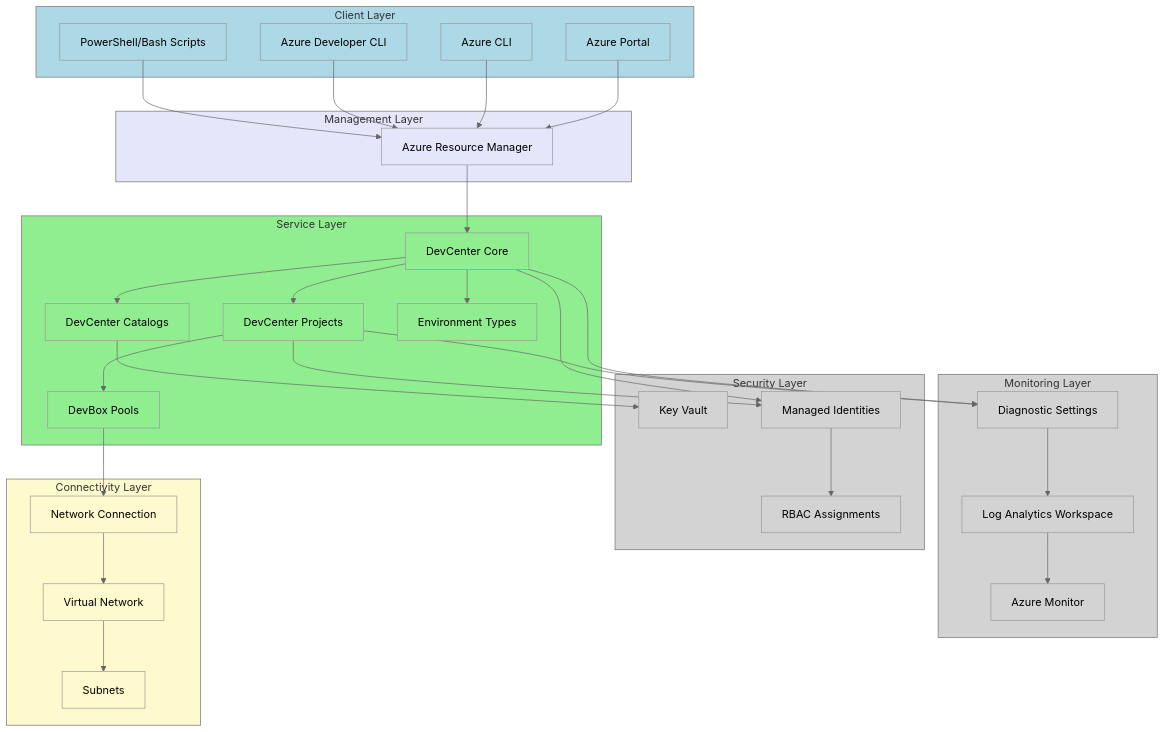
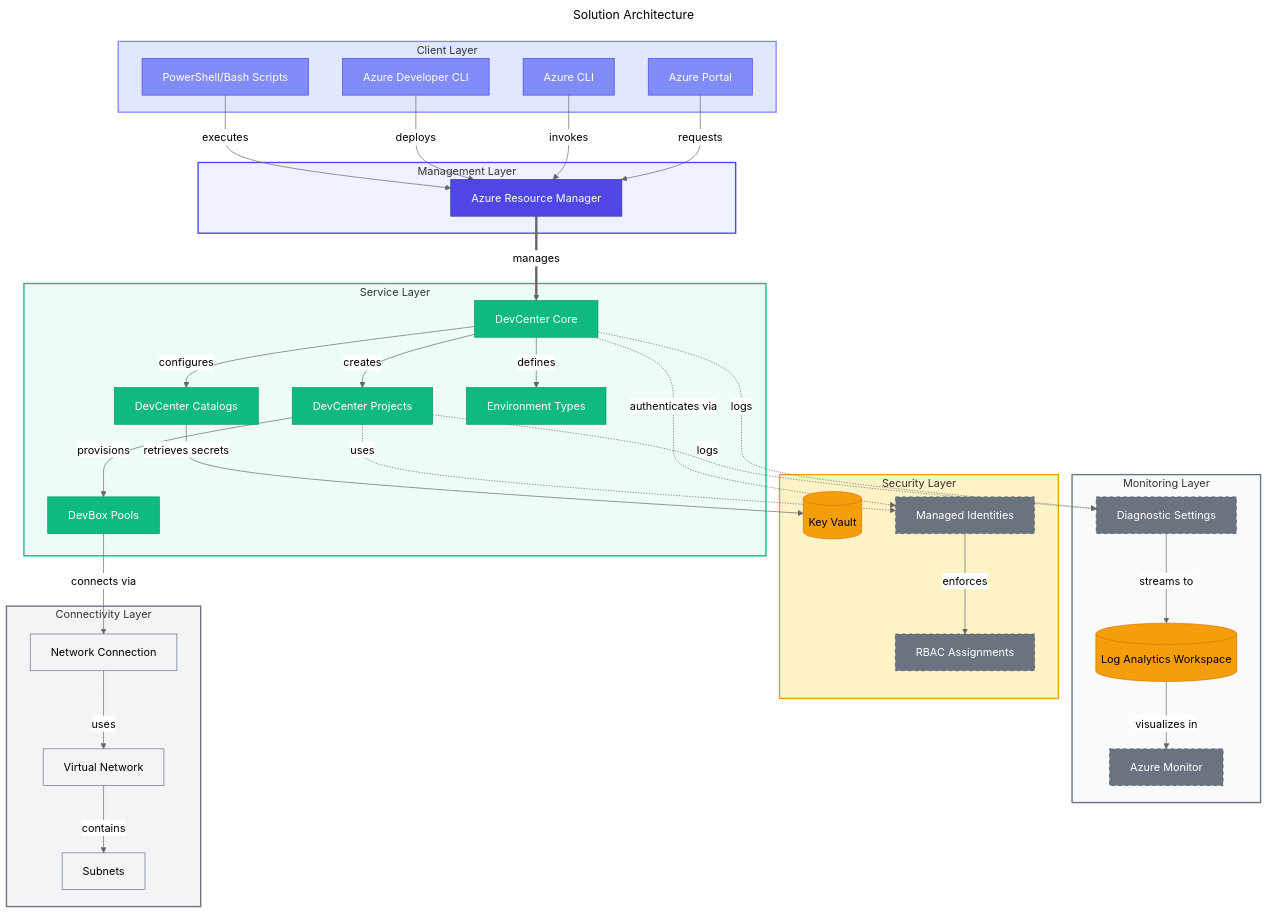
One commit to Evilazaro/DevExp-DevBox changed the fourth of 6 diagrams in README.md. Above: the diagram before and after it, drawn with Mermaid (neutral theme). The commit also changed other lines of this file, not shown here.

Commit message:
Enhance README.md with detailed architecture diagrams for improved clarity and understanding

````diff
--- a/README.md
+++ b/README.md
@@ -375,91 +404,104 @@
 ```mermaid
+---
+title: Solution Architecture
+---
 flowchart TB
-    subgraph Clients[Client Layer]
-        C1[Azure Portal]
-        C2[Azure CLI]
-        C3[Azure Developer CLI]
-        C4[PowerShell/Bash Scripts]
+    %% ===== CLIENT LAYER =====
+    subgraph Clients["Client Layer"]
+        C1["Azure Portal"]
+        C2["Azure CLI"]
+        C3["Azure Developer CLI"]
+        C4["PowerShell/Bash Scripts"]
     end
 
-    subgraph Gateway[Management Layer]
-        G1[Azure Resource Manager]
+    %% ===== MANAGEMENT LAYER =====
+    subgraph Gateway["Management Layer"]
+        G1["Azure Resource Manager"]
     end
 
-    subgraph Services[Service Layer]
-        SV1[DevCenter Core]
-        SV2[DevCenter Projects]
-        SV3[DevCenter Catalogs]
-        SV4[Environment Types]
-        SV5[DevBox Pools]
+    %% ===== SERVICE LAYER =====
+    subgraph Services["Service Layer"]
+        SV1["DevCenter Core"]
+        SV2["DevCenter Projects"]
+        SV3["DevCenter Catalogs"]
+        SV4["Environment Types"]
+        SV5["DevBox Pools"]
     end
 
-    subgraph Security[Security Layer]
-        SE1[Key Vault]
-        SE2[Managed Identities]
-        SE3[RBAC Assignments]
+    %% ===== SECURITY LAYER =====
+    subgraph Security["Security Layer"]
+        SE1[("Key Vault")]
+        SE2["Managed Identities"]
+        SE3["RBAC Assignments"]
     end
 
-    subgraph Monitoring[Monitoring Layer]
-        M1[Log Analytics Workspace]
-        M2[Diagnostic Settings]
-        M3[Azure Monitor]
+    %% ===== MONITORING LAYER =====
+    subgraph Monitoring["Monitoring Layer"]
+        M1[("Log Analytics Workspace")]
+        M2["Diagnostic Settings"]
+        M3["Azure Monitor"]
     end
 
-    subgraph Connectivity[Connectivity Layer]
-        CN1[Virtual Network]
-        CN2[Network Connection]
-        CN3[Subnets]
+    %% ===== CONNECTIVITY LAYER =====
+    subgraph Connectivity["Connectivity Layer"]
+        CN1["Virtual Network"]
+        CN2["Network Connection"]
+        CN3["Subnets"]
     end
 
-    C1 --> G1
-    C2 --> G1
-    C3 --> G1
-    C4 --> G1
+    %% ===== CLIENT TO GATEWAY =====
+    C1 -->|requests| G1
+    C2 -->|invokes| G1
+    C3 -->|deploys| G1
+    C4 -->|executes| G1
 
-    G1 --> SV1
+    %% ===== GATEWAY TO SERVICES =====
+    G1 ==>|manages| SV1
 
-    SV1 --> SV2
-    SV1 --> SV3
-    SV1 --> SV4
-    SV2 --> SV5
+    %% ===== SERVICE RELATIONSHIPS =====
+    SV1 -->|creates| SV2
+    SV1 -->|configures| SV3
+    SV1 -->|defines| SV4
+    SV2 -->|provisions| SV5
 
-    SV1 --> SE2
-    SV2 --> SE2
-    SV3 --> SE1
-    SE2 --> SE3
+    %% ===== SERVICE TO SECURITY =====
+    SV1 -.->|authenticates via| SE2
+    SV2 -.->|uses| SE2
+    SV3 -->|retrieves secrets| SE1
+    SE2 -->|enforces| SE3
 
-    SV1 --> M2
-    SV2 --> M2
-    M2 --> M1
-    M1 --> M3
+    %% ===== SERVICE TO MONITORING =====
+    SV1 -.->|logs| M2
+    SV2 -.->|logs| M2
+    M2 -->|streams to| M1
+    M1 -->|visualizes in| M3
 
-    SV5 --> CN2
-    CN2 --> CN1
-    CN1 --> CN3
+    %% ===== POOLS TO CONNECTIVITY =====
+    SV5 -->|connects via| CN2
+    CN2 -->|uses| CN1
+    CN1 -->|contains| CN3
 
-    style Clients fill:#ADD8E6
-    style Gateway fill:#E6E6FA
-    style Services fill:#90EE90
-    style Security fill:#D3D3D3
-    style Monitoring fill:#D3D3D3
-    style Connectivity fill:#FFFACD
-    style C1 fill:#ADD8E6
-    style C2 fill:#ADD8E6
-    style C3 fill:#ADD8E6
-    style C4 fill:#ADD8E6
-    style G1 fill:#E6E6FA
-    style SV1 fill:#90EE90
-    style SV2 fill:#90EE90
-    style SV3 fill:#90EE90
-    style SV4 fill:#90EE90
-    style SV5 fill:#90EE90
-    style SE1 fill:#D3D3D3
-    style SE2 fill:#D3D3D3
-    style SE3 fill:#D3D3D3
-    style M1 fill:#D3D3D3
-    style M2 fill:#D3D3D3
-    style M3 fill:#D3D3D3
-    style CN1 fill:#FFFACD
-    style CN2 fill:#FFFACD
-    style CN3 fill:#FFFACD
+    %% ===== CLASS DEFINITIONS =====
+    classDef trigger fill:#818CF8,stroke:#4F46E5,color:#FFFFFF
+    classDef primary fill:#4F46E5,stroke:#3730A3,color:#FFFFFF
+    classDef secondary fill:#10B981,stroke:#059669,color:#FFFFFF
+    classDef datastore fill:#F59E0B,stroke:#D97706,color:#000000
+    classDef external fill:#6B7280,stroke:#4B5563,color:#FFFFFF,stroke-dasharray:5 5
+    classDef input fill:#F3F4F6,stroke:#6B7280,color:#000000
+
+    %% ===== NODE STYLING =====
+    class C1,C2,C3,C4 trigger
+    class G1 primary
+    class SV1,SV2,SV3,SV4,SV5 secondary
+    class SE1,M1 datastore
+    class SE2,SE3,M2,M3 external
+    class CN1,CN2,CN3 input
+
+    %% ===== SUBGRAPH STYLING =====
+    style Clients fill:#E0E7FF,stroke:#818CF8,stroke-width:2px
+    style Gateway fill:#EEF2FF,stroke:#4F46E5,stroke-width:2px
+    style Services fill:#ECFDF5,stroke:#10B981,stroke-width:2px
+    style Security fill:#FEF3C7,stroke:#F59E0B,stroke-width:2px
+    style Monitoring fill:#F9FAFB,stroke:#6B7280,stroke-width:2px
+    style Connectivity fill:#F3F4F6,stroke:#6B7280,stroke-width:2px
 ```
````
